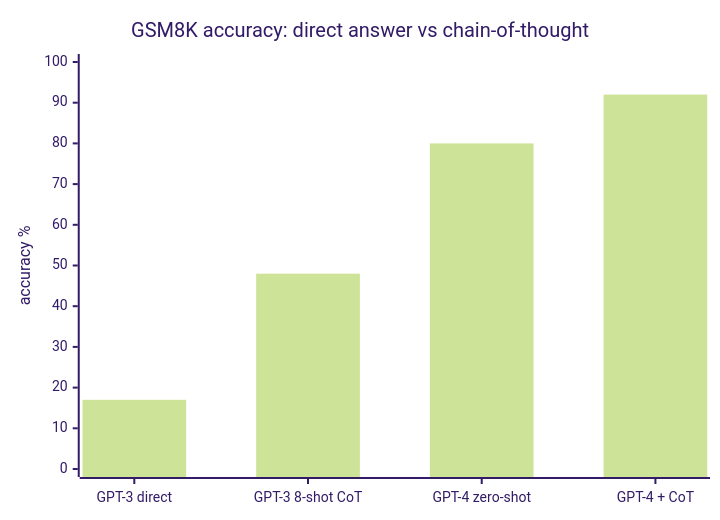
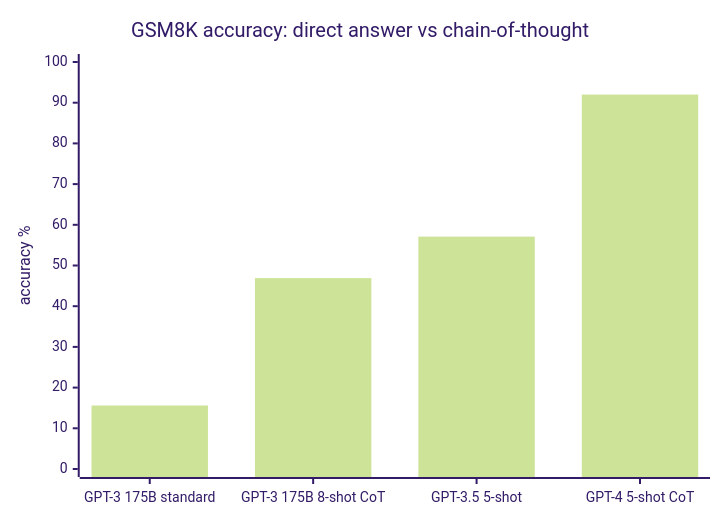
The second of 2 diagrams in src/main/java/com/rutik/systemdesign/llm/prompt_engineering/README.md (rppol/system-design), drawn with Mermaid (forest theme) before and after one commit. The commit also changed other lines of this file and 113 other files, not shown here.

````diff
--- a/src/main/java/com/rutik/systemdesign/llm/prompt_engineering/README.md
+++ b/src/main/java/com/rutik/systemdesign/llm/prompt_engineering/README.md
@@ -311,7 +313,7 @@
 ```mermaid
 xychart-beta
     title "GSM8K accuracy: direct answer vs chain-of-thought"
-    x-axis ["GPT-3 direct", "GPT-3 8-shot CoT", "GPT-4 zero-shot", "GPT-4 + CoT"]
+    x-axis ["GPT-3 175B standard", "GPT-3 175B 8-shot CoT", "GPT-3.5 5-shot", "GPT-4 5-shot CoT"]
     y-axis "accuracy %" 0 --> 100
-    bar [17, 48, 80, 92]
+    bar [15.6, 46.9, 57.1, 92.0]
 ```
````
